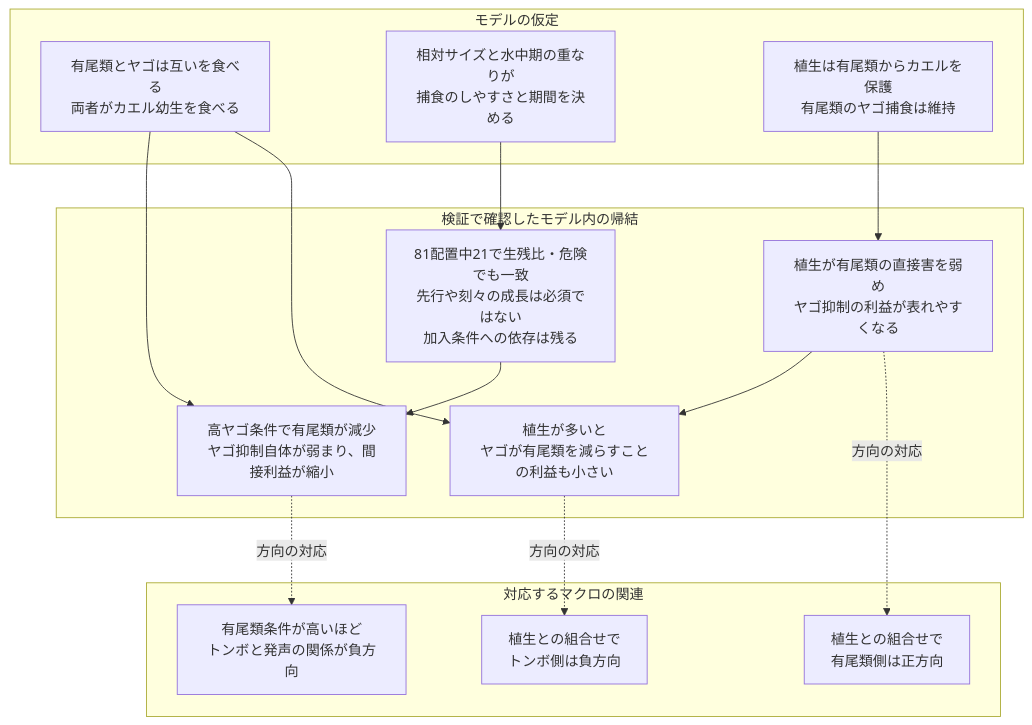
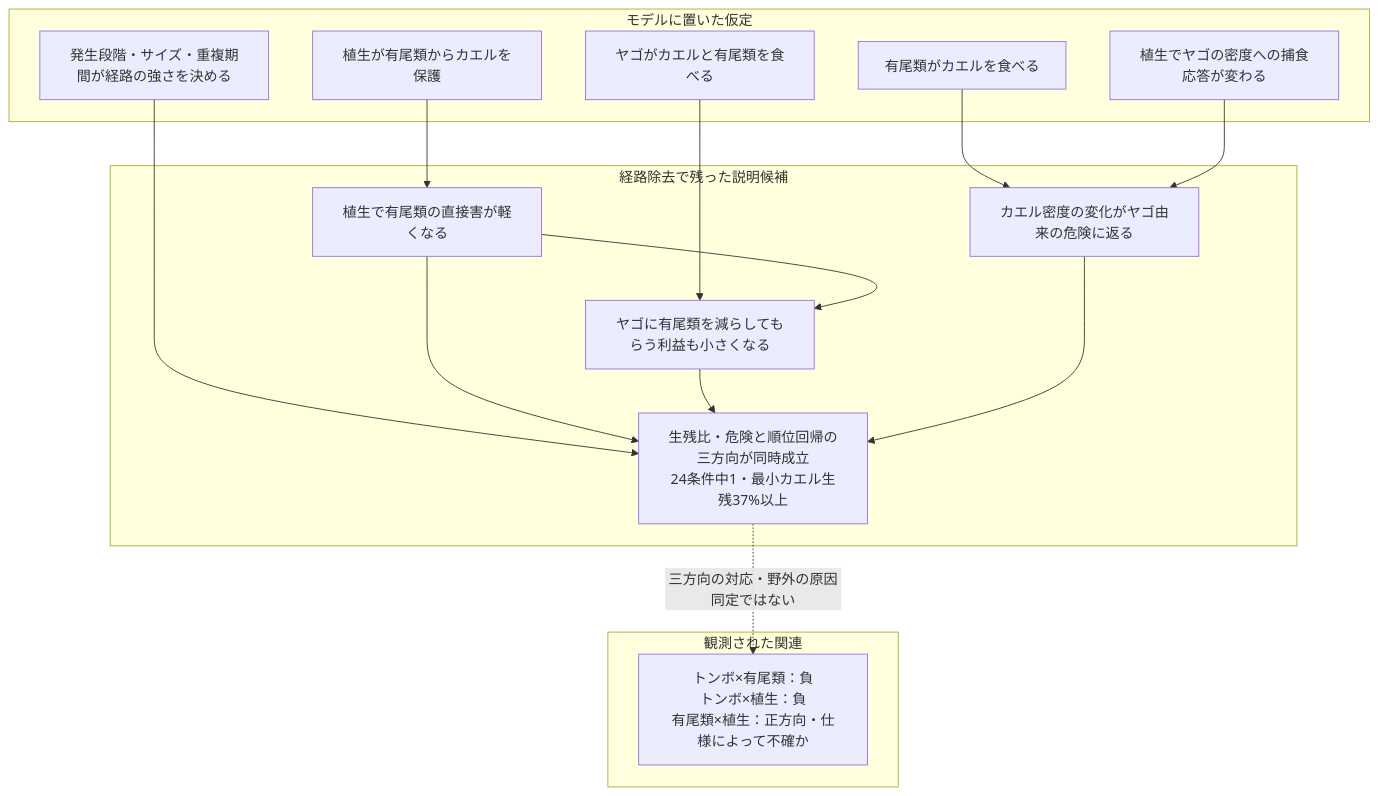
The diagram in research/manuscript/ECOLOGICAL_DISCUSSION_CONCLUSION_2026-10-27.md (zuizui0223/frogcs), drawn with Mermaid before and after one commit. The commit also changed other lines of this file and 354 other files, not shown here.

````diff
--- a/research/manuscript/ECOLOGICAL_DISCUSSION_CONCLUSION_2026-10-27.md
+++ b/research/manuscript/ECOLOGICAL_DISCUSSION_CONCLUSION_2026-10-27.md
@@ -78,28 +39,29 @@
 ```mermaid
 flowchart TB
-  subgraph A["モデルの仮定"]
-    A1["有尾類とヤゴは互いを食べる<br/>両者がカエル幼生を食べる"]
-    A2["相対サイズと水中期の重なりが<br/>捕食のしやすさと期間を決める"]
-    A3["植生は有尾類からカエルを保護<br/>有尾類のヤゴ捕食は維持"]
-  end
-  subgraph B["検証で確認したモデル内の帰結"]
-    B1["高ヤゴ条件で有尾類が減少<br/>ヤゴ抑制自体が弱まり、間接利益が縮小"]
-    B2["植生が有尾類の直接害を弱め<br/>ヤゴ抑制の利益が表れやすくなる"]
-    B3["植生が多いと<br/>ヤゴが有尾類を減らすことの利益も小さい"]
-    B4["81配置中21で生残比・危険でも一致<br/>先行や刻々の成長は必須ではない<br/>加入条件への依存は残る"]
-  end
-  subgraph C["対応するマクロの関連"]
-    C1["有尾類条件が高いほど<br/>トンボと発声の関係が負方向"]
-    C2["植生との組合せで<br/>有尾類側は正方向"]
-    C3["植生との組合せで<br/>トンボ側は負方向"]
-  end
-  A1 --> B1
-  A2 --> B4
-  A3 --> B2
-  B2 --> B3
-  A1 --> B3
-  B4 --> B1
-  B1 -. "方向の対応" .-> C1
-  B2 -. "方向の対応" .-> C2
-  B3 -. "方向の対応" .-> C3
+ subgraph A[モデルに置いた仮定]
+  A1[ヤゴがカエルと有尾類を食べる]
+  A2[有尾類がカエルを食べる]
+  A3[植生が有尾類からカエルを保護]
+  A4[植生でヤゴの密度への捕食応答が変わる]
+  A5[発生段階・サイズ・重複期間が経路の強さを決める]
+ end
+ subgraph B[経路除去で残った説明候補]
+  B1[植生で有尾類の直接害が軽くなる]
+  B2[ヤゴに有尾類を減らしてもらう利益も小さくなる]
+  B3[カエル密度の変化がヤゴ由来の危険に返る]
+  B4[生残比・危険と順位回帰の三方向が同時成立<br/>24条件中1・最小カエル生残37%以上]
+ end
+ subgraph C[観測された関連]
+  C1[トンボ×有尾類：負<br/>トンボ×植生：負<br/>有尾類×植生：正方向・仕様によって不確か]
+ end
+ A3 --> B1
+ A1 --> B2
+ B1 --> B2
+ A2 --> B3
+ A4 --> B3
+ A5 --> B4
+ B1 --> B4
+ B2 --> B4
+ B3 --> B4
+ B4 -. 三方向の対応・野外の原因同定ではない .-> C1
 ```
````
